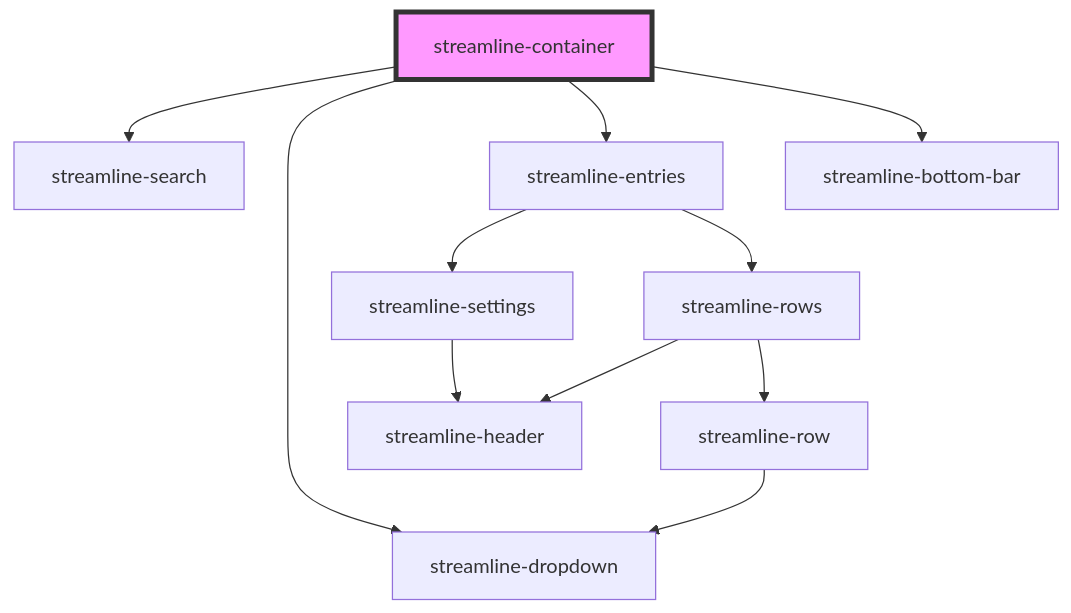
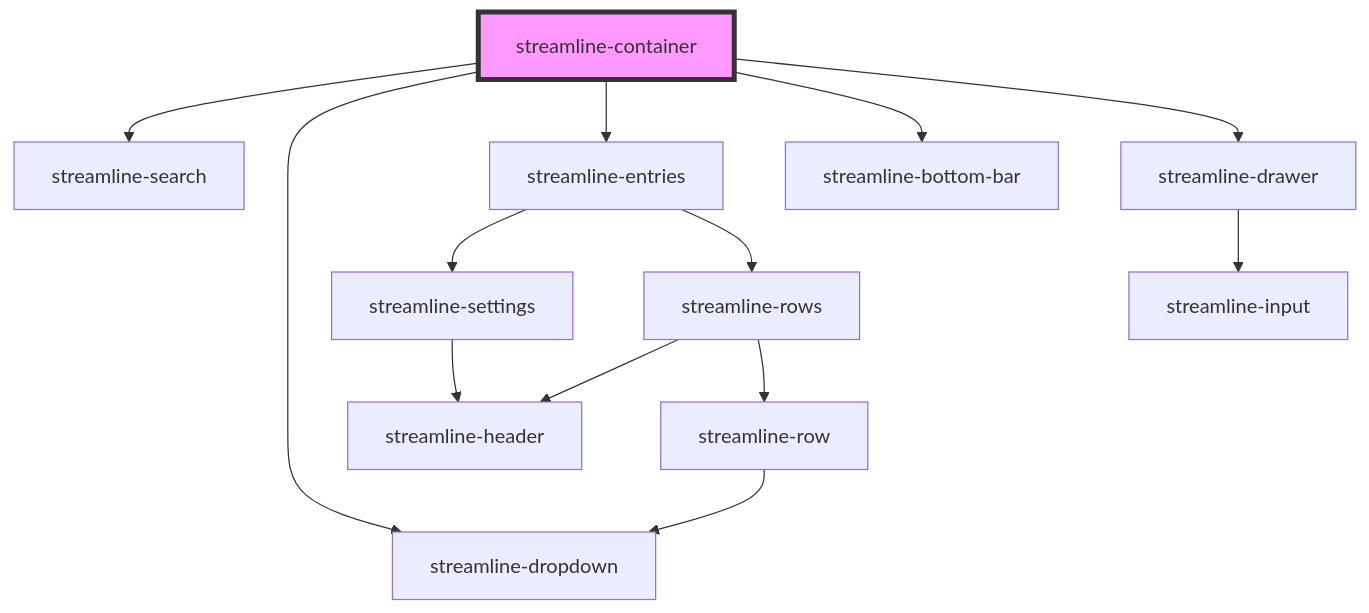
One commit to dnnsjsk/streamline changed the diagram in stencil-v2/src/components/container/readme.md. Above: the diagram before and after it, drawn with Mermaid. The commit also changed other lines of this file and 31 other files, not shown here.

````diff
--- a/stencil-v2/src/components/container/readme.md
+++ b/stencil-v2/src/components/container/readme.md
@@ -38,14 +39,16 @@
 ```mermaid
 graph TD;
   streamline-container --> streamline-search
   streamline-container --> streamline-dropdown
   streamline-container --> streamline-entries
   streamline-container --> streamline-bottom-bar
+  streamline-container --> streamline-drawer
   streamline-entries --> streamline-settings
   streamline-entries --> streamline-rows
   streamline-settings --> streamline-header
   streamline-rows --> streamline-header
   streamline-rows --> streamline-row
   streamline-row --> streamline-dropdown
+  streamline-drawer --> streamline-input
   style streamline-container fill:#f9f,stroke:#333,stroke-width:4px
 ```
````
